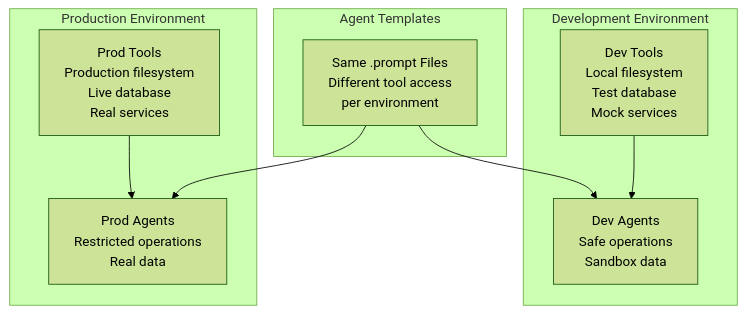
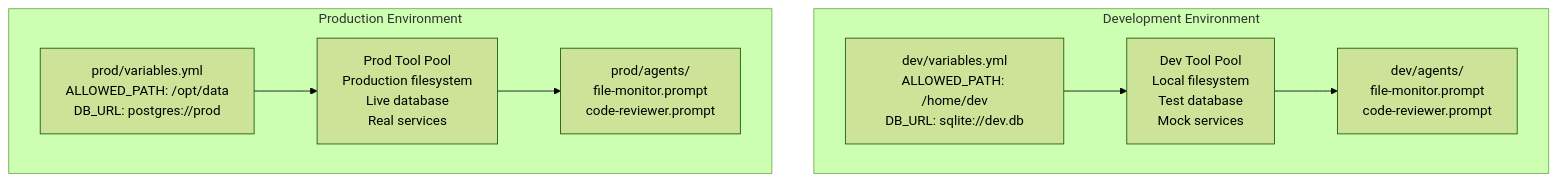
Before and after one commit to cloudshipai/station: the fourth of 4 diagrams in docs/site/src/content/docs/en/agents/overview.mdx, drawn with Mermaid (forest theme). The commit also changed other lines of this file, not shown here.

Commit message:
docs: Fix Environment Isolation diagram to show correct agent-environment relationship
- Correct misconception that same .prompt files serve multiple environments
- Show that each environment has its own separate agent directories and files
- Illustrate dev/agents/ and prod/agents/ as independent with same-named but separate .prompt files
- Update Agent Portability section to clarify agents exist independently per environment
- Remove incorrect "shared template" concept that doesn't match Station's actual architecture

🤖 Generated with [Claude Code](https://claude.ai/code)

````diff
--- a/docs/site/src/content/docs/en/agents/overview.mdx
+++ b/docs/site/src/content/docs/en/agents/overview.mdx
@@ -198,22 +198,20 @@
 ```mermaid
 graph TD
     subgraph "Development Environment"
-        DevTools[Dev Tools<br/>Local filesystem<br/>Test database<br/>Mock services]
-        DevAgents[Dev Agents<br/>Safe operations<br/>Sandbox data]
+        DevConfig[dev/variables.yml<br/>ALLOWED_PATH: /home/dev<br/>DB_URL: sqlite://dev.db]
+        DevTools[Dev Tool Pool<br/>Local filesystem<br/>Test database<br/>Mock services]
+        DevAgents[dev/agents/<br/>file-monitor.prompt<br/>code-reviewer.prompt]
     end
     
     subgraph "Production Environment"  
-        ProdTools[Prod Tools<br/>Production filesystem<br/>Live database<br/>Real services]
-        ProdAgents[Prod Agents<br/>Restricted operations<br/>Real data]
+        ProdConfig[prod/variables.yml<br/>ALLOWED_PATH: /opt/data<br/>DB_URL: postgres://prod]
+        ProdTools[Prod Tool Pool<br/>Production filesystem<br/>Live database<br/>Real services]
+        ProdAgents[prod/agents/<br/>file-monitor.prompt<br/>code-reviewer.prompt]
     end
     
-    subgraph "Agent Templates"
-        Template[Same .prompt Files<br/>Different tool access<br/>per environment]
-    end
+    DevConfig --> DevTools
+    DevTools --> DevAgents
     
-    Template --> DevAgents
-    Template --> ProdAgents
-    
-    DevTools --> DevAgents
+    ProdConfig --> ProdTools
     ProdTools --> ProdAgents
 ```
````
